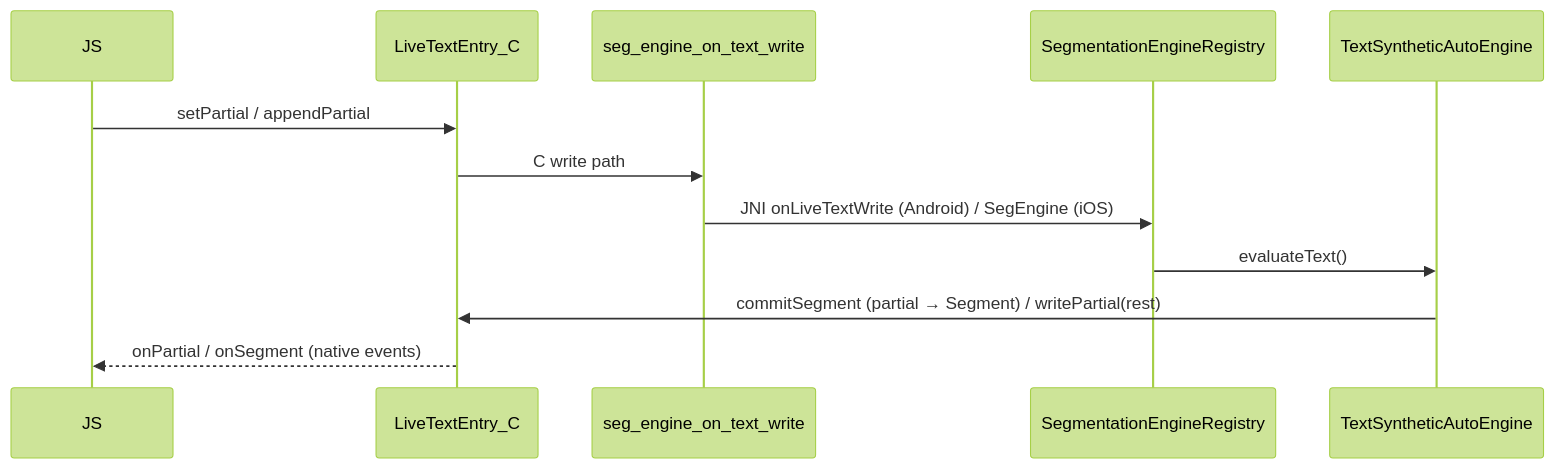
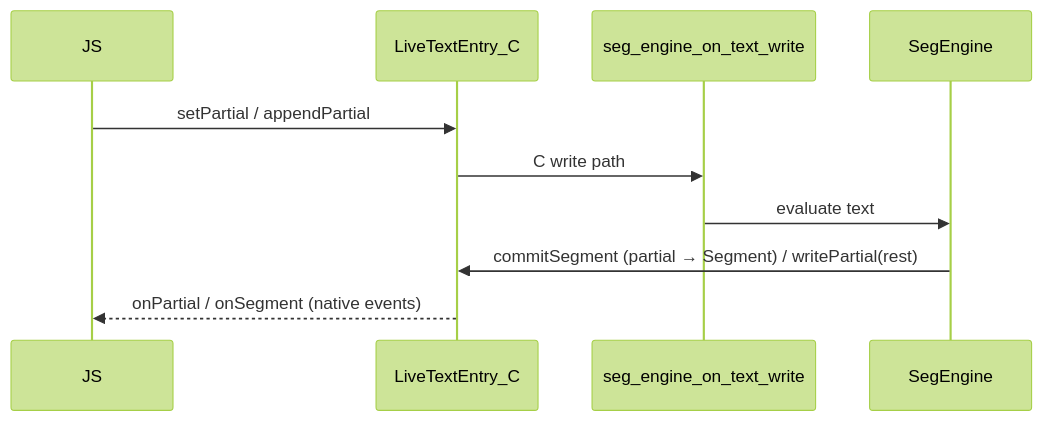
One commit to XDcobra/react-native-sherpa-onnx changed the first of 2 diagrams in docs/migration/segmentationEngine/segmentation-engine-core-snapshot.md. Above: the diagram before and after it, drawn with Mermaid (forest theme). The commit also changed other lines of this file and 1 other file, not shown here.

Commit message:
docs: mark S2 done and document shared SegEngine path

````diff
--- a/docs/migration/segmentationEngine/segmentation-engine-core-snapshot.md
+++ b/docs/migration/segmentationEngine/segmentation-engine-core-snapshot.md
@@ -50,15 +48,13 @@
 ```mermaid
 sequenceDiagram
   participant JS
   participant Txt as LiveTextEntry_C
   participant Hook as seg_engine_on_text_write
-  participant Reg as SegmentationEngineRegistry
-  participant Eng as TextSyntheticAutoEngine
+  participant Eng as SegEngine
 
   JS->>Txt: setPartial / appendPartial
   Txt->>Hook: C write path
-  Hook->>Reg: JNI onLiveTextWrite (Android) / SegEngine (iOS)
-  Reg->>Eng: evaluateText()
+  Hook->>Eng: evaluate text
   Eng->>Txt: commitSegment (partial → Segment) / writePartial(rest)
   Txt-->>JS: onPartial / onSegment (native events)
 ```
````
